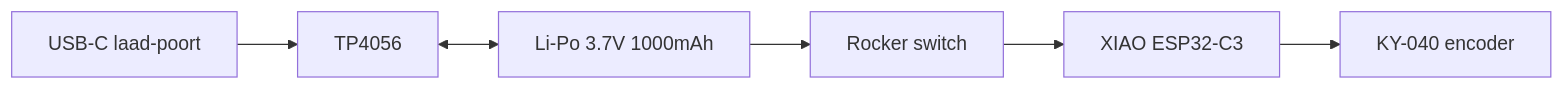
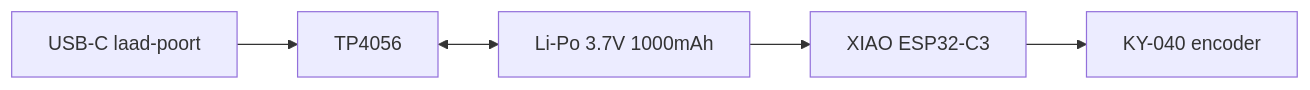
The third of 3 diagrams in docs/wiring.md (spiryns/UCD), drawn with Mermaid before and after one commit. The commit also changed other lines of this file and 2 other files, not shown here.

````diff
--- a/docs/wiring.md
+++ b/docs/wiring.md
@@ -176,8 +180,7 @@
 ```mermaid
 flowchart LR
     USBC2[USB-C laad-poort] --> TP2[TP4056]
     TP2 <--> BAT2[Li-Po 3.7V 1000mAh]
-    BAT2 --> SW2[Rocker switch]
-    SW2 --> C3[XIAO ESP32-C3]
+    BAT2 --> C3[XIAO ESP32-C3]
     C3 --> ENC[KY-040 encoder]
 ```
````
